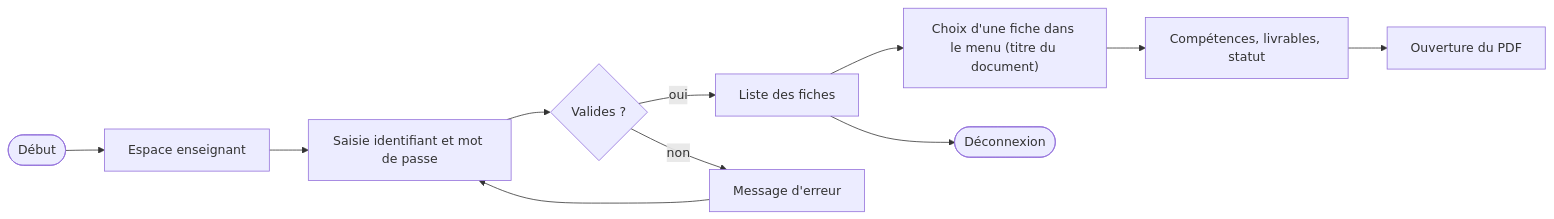
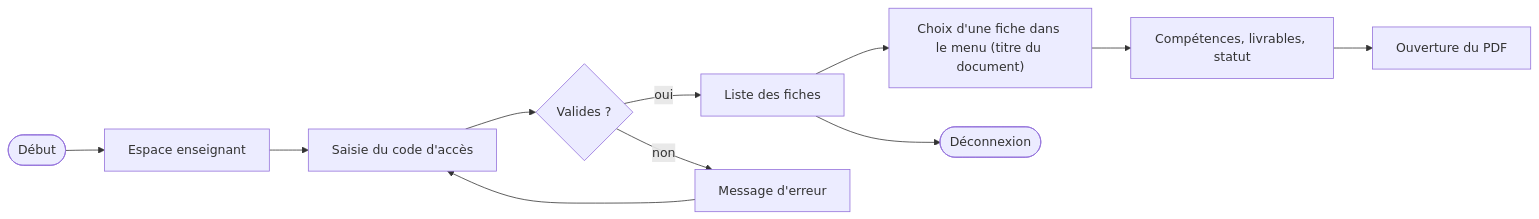
One commit to Korrighed/portfolio changed the third of 6 diagrams in docs/APP-FLOW.md. Above: the diagram before and after it, drawn with Mermaid. The commit also changed other lines of this file and 9 other files, not shown here.

````diff
--- a/docs/APP-FLOW.md
+++ b/docs/APP-FLOW.md
@@ -60,13 +60,13 @@
 ```mermaid
 flowchart LR
   A([Début]) --> B["Espace enseignant"]
-  B --> C["Saisie identifiant et mot de passe"]
+  B --> C["Saisie du code d'accès"]
   C --> D{Valides ?}
   D -- oui --> E["Liste des fiches"]
   D -- non --> F["Message d'erreur"]
   F --> C
   E --> G["Choix d'une fiche dans le menu (titre du document)"]
   G --> H["Compétences, livrables, statut"]
   H --> J["Ouverture du PDF"]
   E --> I([Déconnexion])
 ```
````
